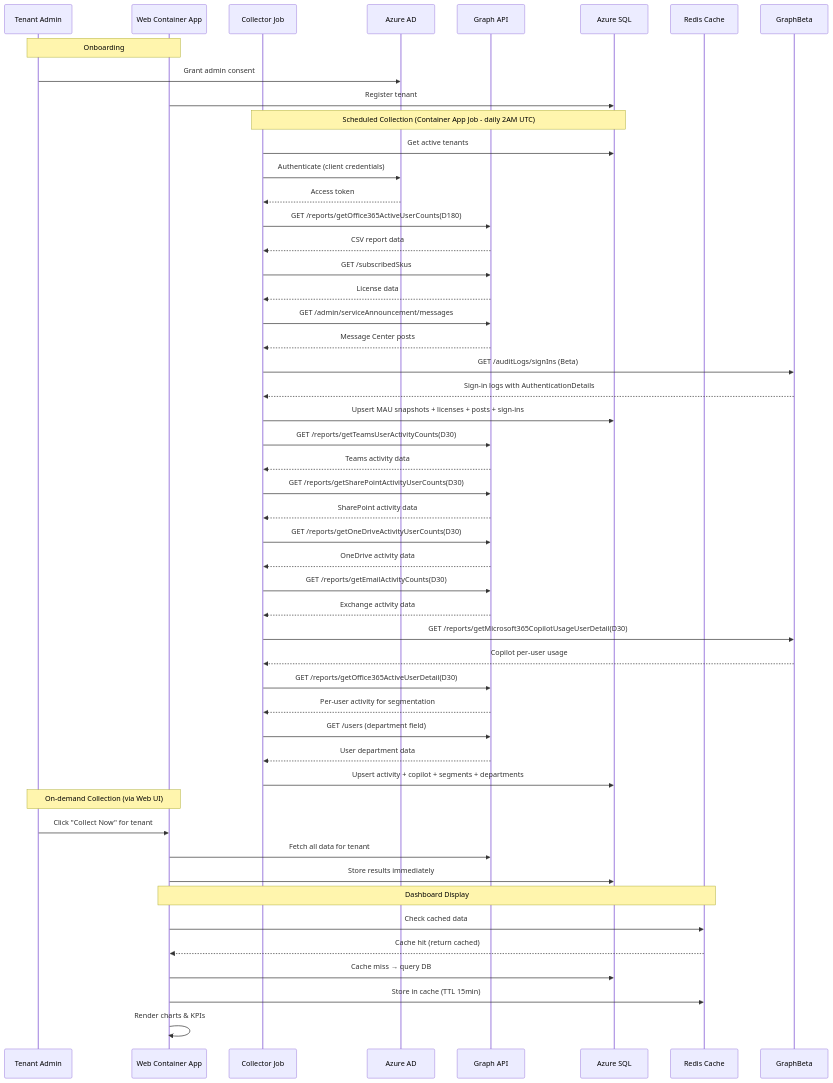
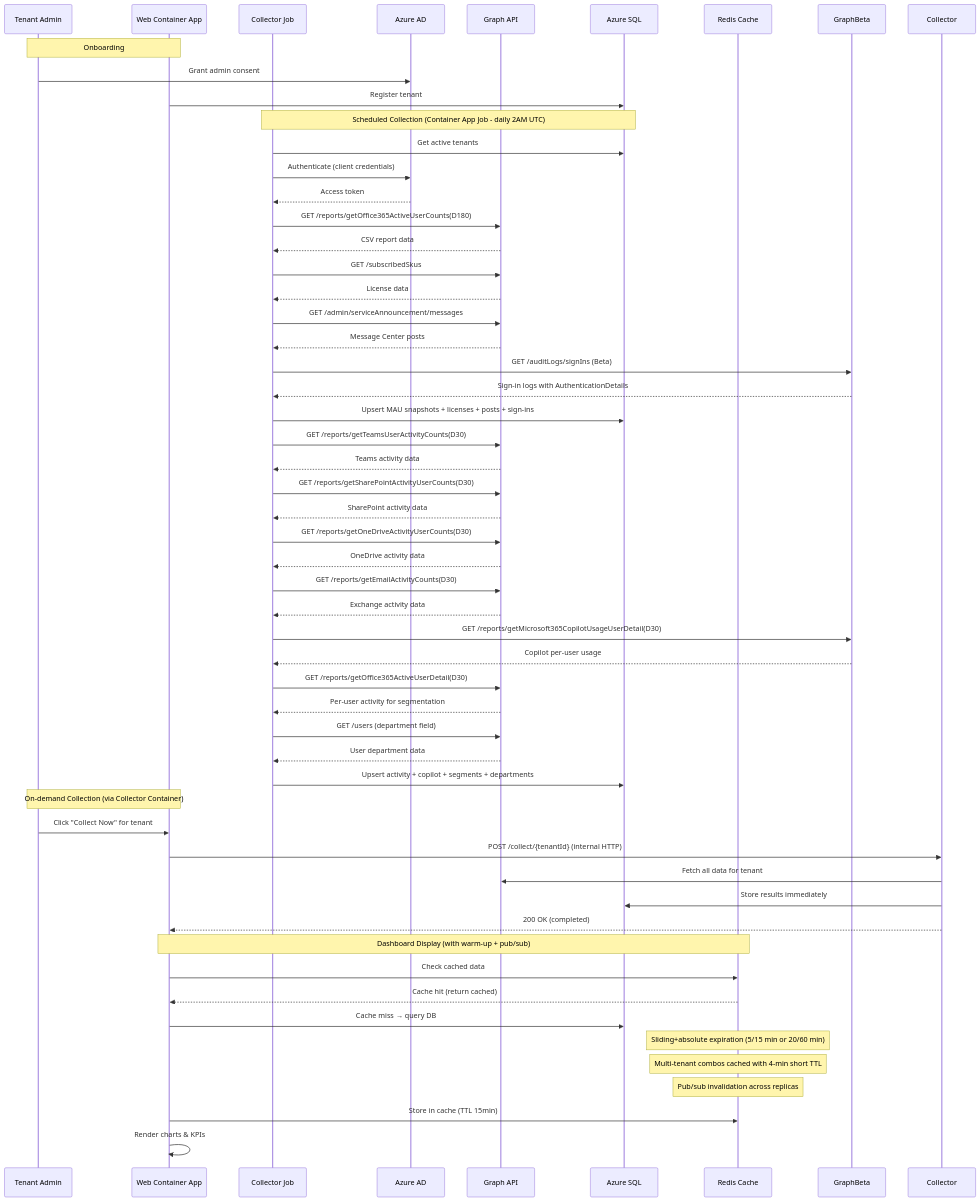
The second of 3 diagrams in docs/architecture.md (tdsnxnielsen-mikkelbach/MWDashboard), drawn with Mermaid before and after one commit. The commit also changed other lines of this file and 18 other files, not shown here.

First line of the commit message:
feat: Add On-Demand Collector Container App for data collection

````diff
--- a/docs/architecture.md
+++ b/docs/architecture.md
@@ -49,55 +58,60 @@
 ```mermaid
 sequenceDiagram
     participant Admin as Tenant Admin
     participant Web as Web Container App
     participant Job as Collector Job
     participant AAD as Azure AD
     participant Graph as Graph API
     participant DB as Azure SQL
     participant Cache as Redis Cache
 
     Note over Admin, Web: Onboarding
     Admin->>AAD: Grant admin consent
     Web->>DB: Register tenant
 
     Note over Job, DB: Scheduled Collection (Container App Job - daily 2AM UTC)
     Job->>DB: Get active tenants
     Job->>AAD: Authenticate (client credentials)
     AAD-->>Job: Access token
     Job->>Graph: GET /reports/getOffice365ActiveUserCounts(D180)
     Graph-->>Job: CSV report data
     Job->>Graph: GET /subscribedSkus
     Graph-->>Job: License data
     Job->>Graph: GET /admin/serviceAnnouncement/messages
     Graph-->>Job: Message Center posts
     Job->>GraphBeta: GET /auditLogs/signIns (Beta)
     GraphBeta-->>Job: Sign-in logs with AuthenticationDetails
     Job->>DB: Upsert MAU snapshots + licenses + posts + sign-ins
     Job->>Graph: GET /reports/getTeamsUserActivityCounts(D30)
     Graph-->>Job: Teams activity data
     Job->>Graph: GET /reports/getSharePointActivityUserCounts(D30)
     Graph-->>Job: SharePoint activity data
     Job->>Graph: GET /reports/getOneDriveActivityUserCounts(D30)
     Graph-->>Job: OneDrive activity data
     Job->>Graph: GET /reports/getEmailActivityCounts(D30)
     Graph-->>Job: Exchange activity data
     Job->>GraphBeta: GET /reports/getMicrosoft365CopilotUsageUserDetail(D30)
     GraphBeta-->>Job: Copilot per-user usage
     Job->>Graph: GET /reports/getOffice365ActiveUserDetail(D30)
     Graph-->>Job: Per-user activity for segmentation
     Job->>Graph: GET /users (department field)
     Graph-->>Job: User department data
     Job->>DB: Upsert activity + copilot + segments + departments
 
-    Note over Admin, Web: On-demand Collection (via Web UI)
+    Note over Admin, Web: On-demand Collection (via Collector Container)
     Admin->>Web: Click "Collect Now" for tenant
-    Web->>Graph: Fetch all data for tenant
-    Web->>DB: Store results immediately
+    Web->>Collector: POST /collect/{tenantId} (internal HTTP)
+    Collector->>Graph: Fetch all data for tenant
+    Collector->>DB: Store results immediately
+    Collector-->>Web: 200 OK (completed)
 
-    Note over Web, Cache: Dashboard Display
+    Note over Web, Cache: Dashboard Display (with warm-up + pub/sub)
     Web->>Cache: Check cached data
     Cache-->>Web: Cache hit (return cached)
     Web->>DB: Cache miss → query DB
+    Note over Cache: Sliding+absolute expiration (5/15 min or 20/60 min)
+    Note over Cache: Multi-tenant combos cached with 4-min short TTL
+    Note over Cache: Pub/sub invalidation across replicas
     Web->>Cache: Store in cache (TTL 15min)
     Web->>Web: Render charts & KPIs
 ```
````
